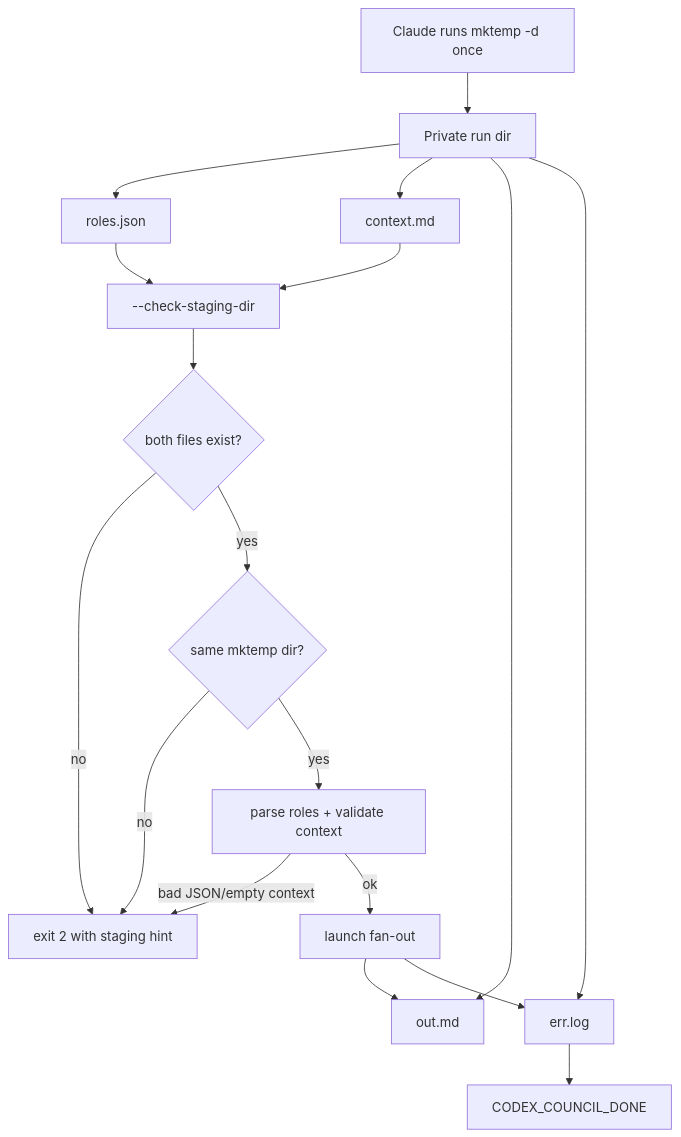
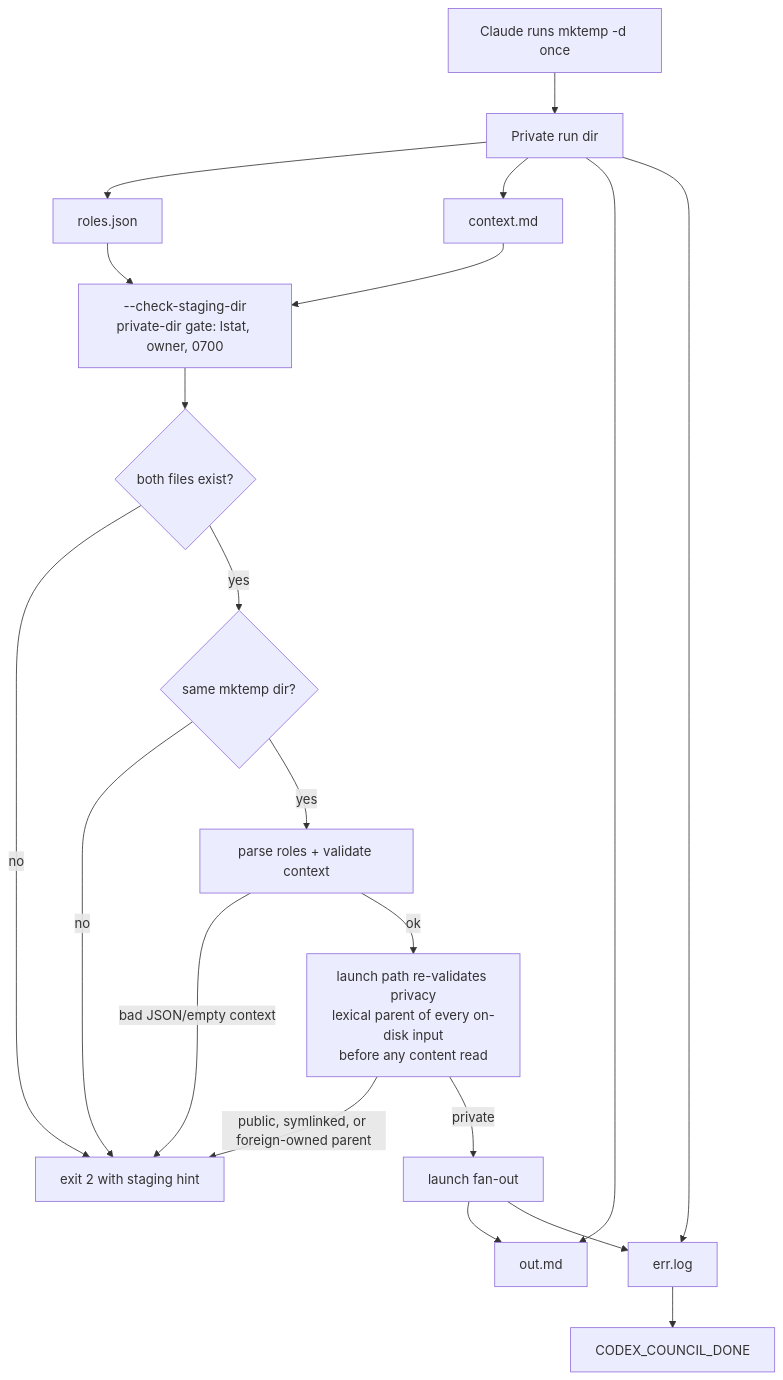
The second of 3 diagrams in DESIGN.md (ehzawad/codex-council), drawn with Mermaid before and after one commit. The commit also changed other lines of this file and 8 other files, not shown here.

````diff
--- a/DESIGN.md
+++ b/DESIGN.md
@@ -163,22 +188,24 @@
 ```mermaid
 flowchart TD
     Mktemp["Claude runs mktemp -d once"] --> Rundir["Private run dir"]
     Rundir --> Roles["roles.json"]
     Rundir --> Context["context.md"]
     Rundir --> Out["out.md"]
     Rundir --> Err["err.log"]
 
-    Roles --> Preflight["--check-staging-dir"]
+    Roles --> Preflight["--check-staging-dir<br/>private-dir gate: lstat, owner, 0700"]
     Context --> Preflight
     Preflight --> Exists{"both files exist?"}
     Exists -->|no| StageError["exit 2 with staging hint"]
     Exists -->|yes| SameDir{"same mktemp dir?"}
     SameDir -->|no| StageError
     SameDir -->|yes| Parse["parse roles + validate context"]
     Parse -->|bad JSON/empty context| StageError
-    Parse -->|ok| Launch["launch fan-out"]
+    Parse -->|ok| LaunchGate["launch path re-validates privacy<br/>lexical parent of every on-disk input<br/>before any content read"]
+    LaunchGate -->|"public, symlinked, or foreign-owned parent"| StageError
+    LaunchGate -->|private| Launch["launch fan-out"]
 
     Launch --> Out
     Launch --> Err
     Err --> Sentinel["CODEX_COUNCIL_DONE"]
 ```
````
